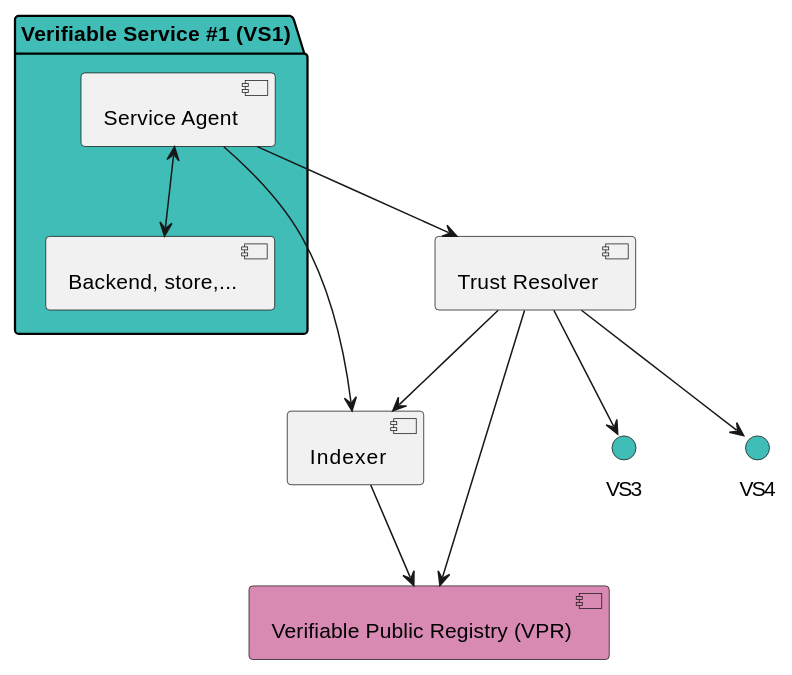
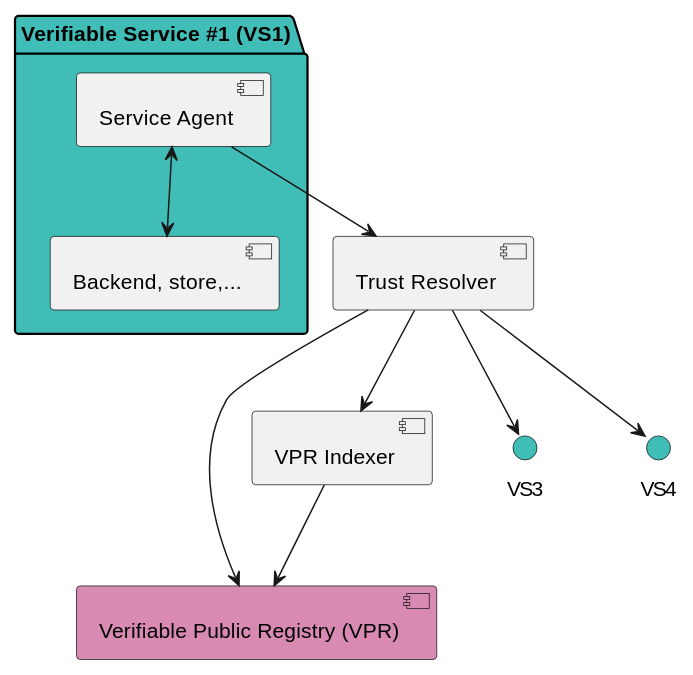
Before and after one commit to verana-labs/verana-docs: the second of 4 diagrams in docs/learn/verifiable-trust/30-components.md, drawn with PlantUML. The commit also changed other lines of this file and 1 other file, not shown here.

Commit message:
schema updates

````diff
--- a/docs/learn/verifiable-trust/30-components.md
+++ b/docs/learn/verifiable-trust/30-components.md
@@ -30,34 +30,33 @@
 ```plantuml
 @startuml
 
 [Verifiable Public Registry (VPR)] as VPR #D88AB3
 
 
 package "Verifiable Service #1 (VS1)" as VS1 #3fbdb6 {
   [Service Agent] as VS1sa 
   [Backend, store,...] as VS1b 
    VS1sa <--> VS1b
 }
 [Trust Resolver] as VS1tr
-    [Indexer] as VS1idx
+    [VPR Indexer] as VS1idx
     VS1sa --> VS1tr
-    VS1sa --> VS1idx
     VS1tr --> VS1idx
 
 
 interface VS3 #3fbdb6
 interface VS4 #3fbdb6
 
 
 
 
 VS1tr --> VPR
 VS1tr --> VS3
 VS1tr --> VS4
 
 VS1idx --> VPR
 
 
 @enduml
 
 ```
````
